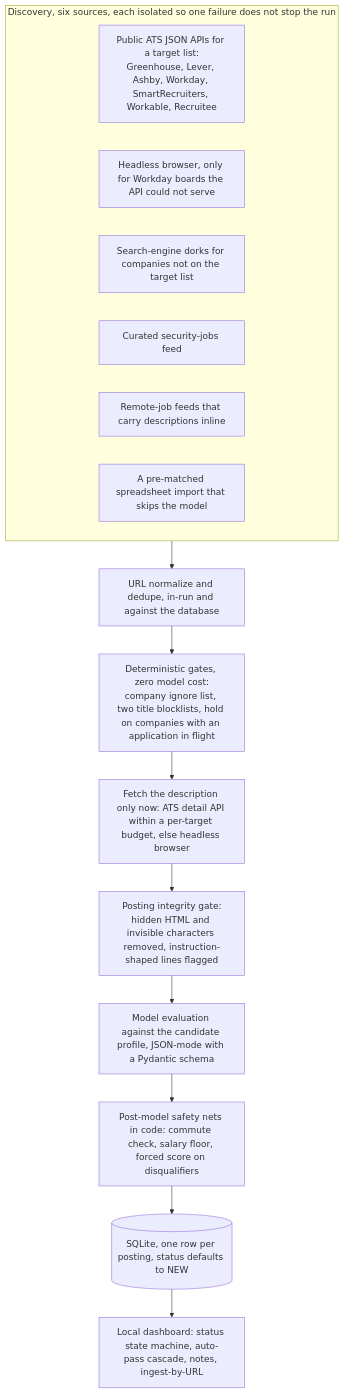
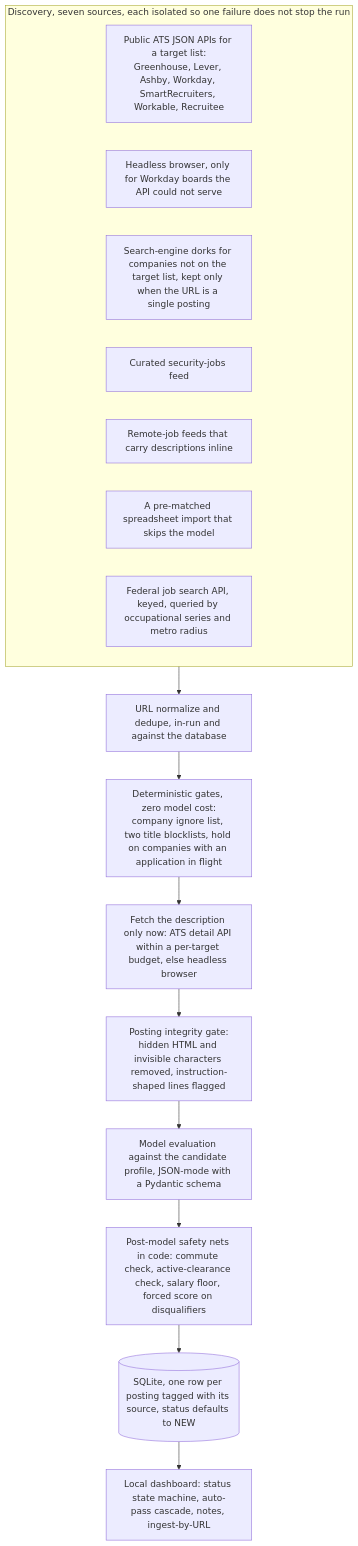
One commit to nguyenaax/job-meets-resume changed the diagram in README.md. Above: the diagram before and after it, drawn with Mermaid. The commit also changed other lines of this file and 3 other files, not shown here.

First line of the commit message:
Document the seventh source, source tagging, dork URL filter and clearance check

````diff
--- a/README.md
+++ b/README.md
@@ -11,22 +11,23 @@
 ```mermaid
 flowchart TD
-  subgraph DISCOVER["Discovery, six sources, each isolated so one failure does not stop the run"]
+  subgraph DISCOVER["Discovery, seven sources, each isolated so one failure does not stop the run"]
     S1["Public ATS JSON APIs for a target list:
 Greenhouse, Lever, Ashby, Workday, SmartRecruiters, Workable, Recruitee"]
     S2["Headless browser, only for Workday boards the API could not serve"]
-    S3["Search-engine dorks for companies not on the target list"]
+    S3["Search-engine dorks for companies not on the target list, kept only when the URL is a single posting"]
     S4["Curated security-jobs feed"]
     S5["Remote-job feeds that carry descriptions inline"]
     S6["A pre-matched spreadsheet import that skips the model"]
+    S7["Federal job search API, keyed, queried by occupational series and metro radius"]
   end
   DISCOVER --> N["URL normalize and dedupe, in-run and against the database"]
   N --> G0["Deterministic gates, zero model cost:
 company ignore list, two title blocklists, hold on companies with an application in flight"]
   G0 --> F["Fetch the description only now: ATS detail API within a per-target budget, else headless browser"]
   F --> PG["Posting integrity gate:
 hidden HTML and invisible characters removed, instruction-shaped lines flagged"]
   PG --> LLM["Model evaluation against the candidate profile, JSON-mode with a Pydantic schema"]
-  LLM --> POST["Post-model safety nets in code: commute check, salary floor, forced score on disqualifiers"]
-  POST --> DB[(SQLite, one row per posting, status defaults to NEW)]
+  LLM --> POST["Post-model safety nets in code: commute check, active-clearance check, salary floor, forced score on disqualifiers"]
+  POST --> DB[(SQLite, one row per posting tagged with its source, status defaults to NEW)]
   DB --> UI["Local dashboard: status state machine, auto-pass cascade, notes, ingest-by-URL"]
 ```
````
